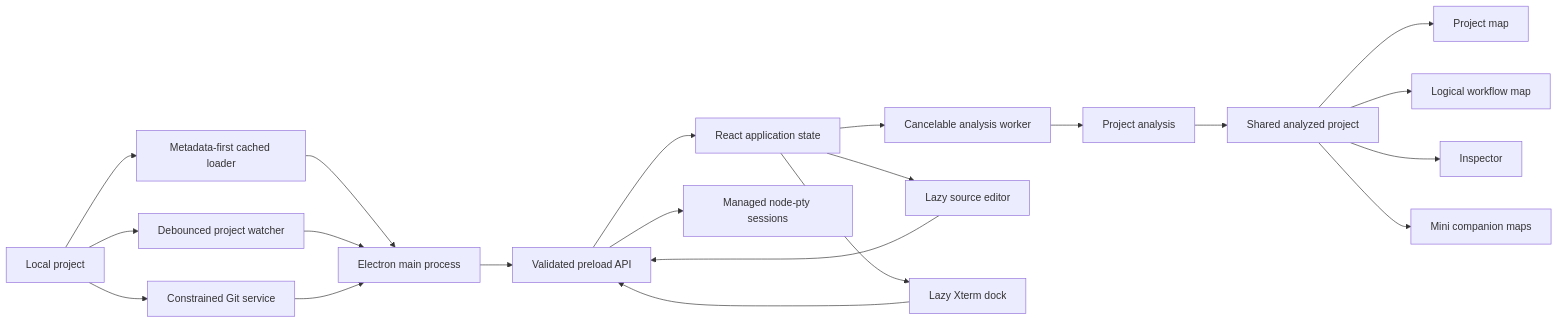
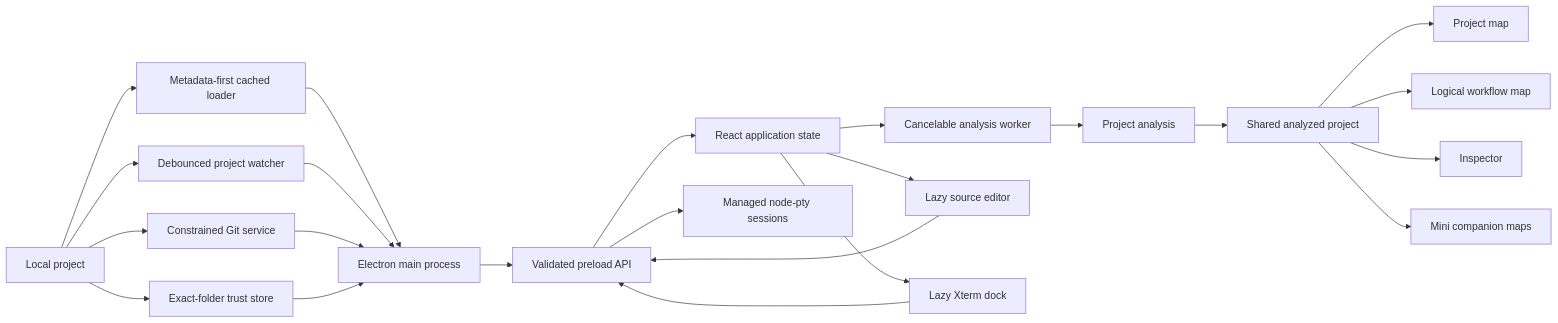
Before and after one commit to Jounaydh/Divex_visualizer: the diagram in docs/ARCHITECTURE.md, drawn with Mermaid. The commit also changed other lines of this file and 58 other files, not shown here.

````diff
--- a/docs/ARCHITECTURE.md
+++ b/docs/ARCHITECTURE.md
@@ -9,23 +9,25 @@
 ```mermaid
 flowchart LR
   FS["Local project"] --> LOADER["Metadata-first cached loader"]
   FS --> WATCH["Debounced project watcher"]
   FS --> GIT["Constrained Git service"]
+  FS --> TRUST["Exact-folder trust store"]
   LOADER --> MAIN["Electron main process"]
   WATCH --> MAIN
   GIT --> MAIN
+  TRUST --> MAIN
   MAIN --> IPC["Validated preload API"]
   IPC --> APP["React application state"]
   APP --> WORKER["Cancelable analysis worker"]
   WORKER --> ANALYSIS["Project analysis"]
   ANALYSIS --> MODEL["Shared analyzed project"]
   MODEL --> PMAP["Project map"]
   MODEL --> LMAP["Logical workflow map"]
   MODEL --> INSPECT["Inspector"]
   MODEL --> MINI["Mini companion maps"]
   APP --> EDITOR["Lazy source editor"]
   EDITOR --> IPC
   APP --> XTERM["Lazy Xterm dock"]
   XTERM --> IPC
   IPC --> PTY["Managed node-pty sessions"]
 ```
````
